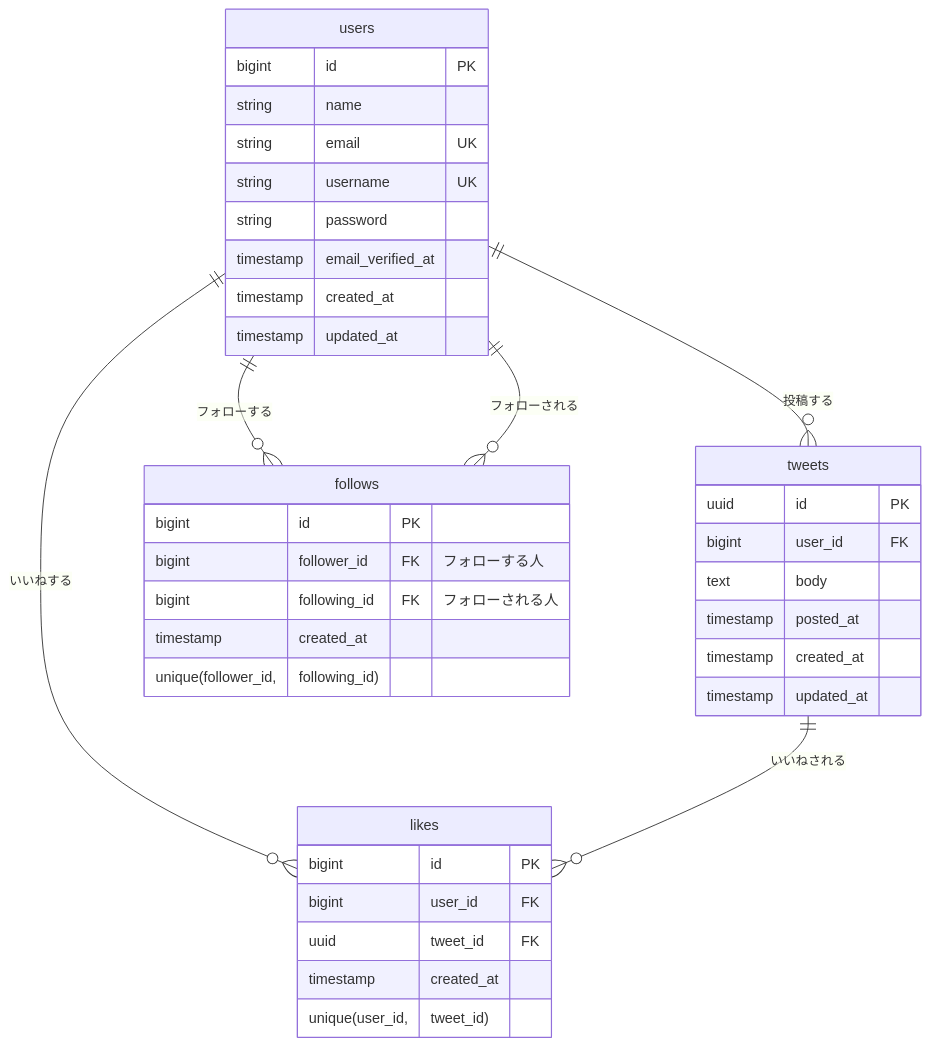
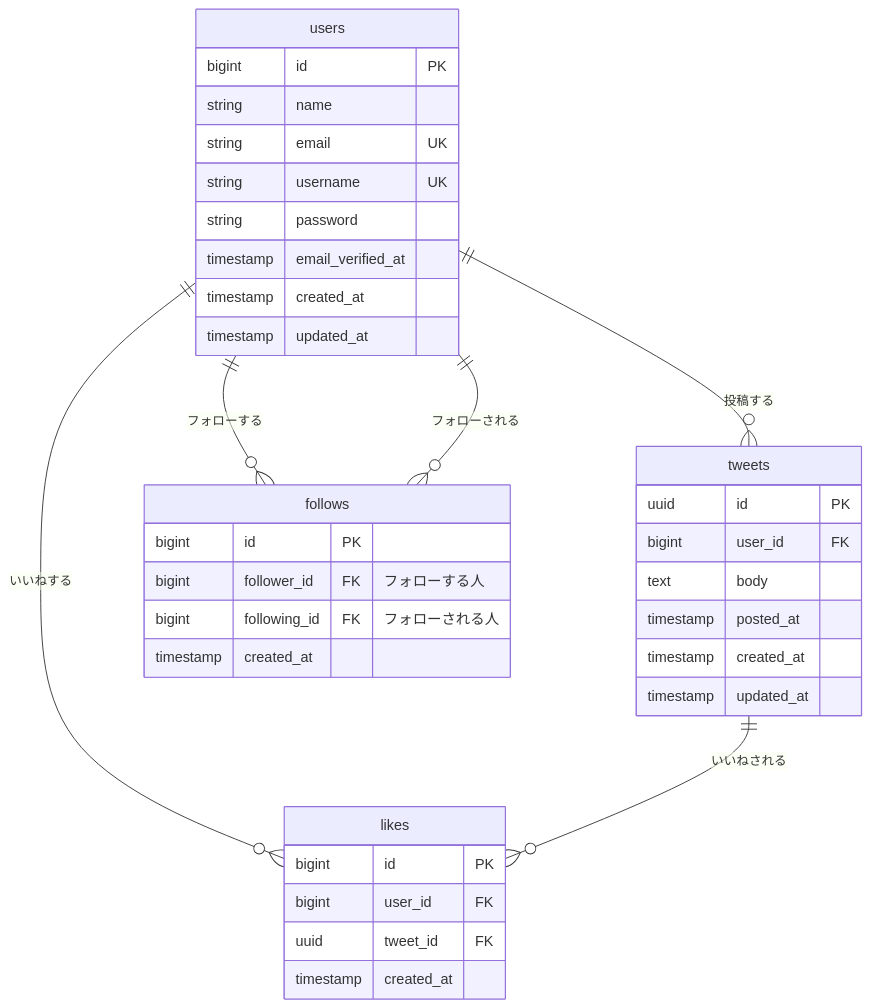
One commit to edayoshi-1999/twitter-app changed diagram 11 of 13 in docs/architecture/ARCHITECTURE.md. Above: the diagram before and after it, drawn with Mermaid. The commit also changed other lines of this file, not shown here.

````diff
--- a/docs/architecture/ARCHITECTURE.md
+++ b/docs/architecture/ARCHITECTURE.md
@@ -814,44 +825,42 @@
 ```mermaid
 erDiagram
     users ||--o{ tweets : "投稿する"
     users ||--o{ likes : "いいねする"
     users ||--o{ follows : "フォローする"
     users ||--o{ follows : "フォローされる"
     tweets ||--o{ likes : "いいねされる"
 
     users {
         bigint id PK
         string name
         string email UK
         string username UK
         string password
         timestamp email_verified_at
         timestamp created_at
         timestamp updated_at
     }
 
     tweets {
         uuid id PK
         bigint user_id FK
         text body
         timestamp posted_at
         timestamp created_at
         timestamp updated_at
     }
 
     likes {
         bigint id PK
         bigint user_id FK
         uuid tweet_id FK
         timestamp created_at
-        unique(user_id, tweet_id)
     }
 
     follows {
         bigint id PK
         bigint follower_id FK "フォローする人"
         bigint following_id FK "フォローされる人"
         timestamp created_at
-        unique(follower_id, following_id)
     }
 ```
````
